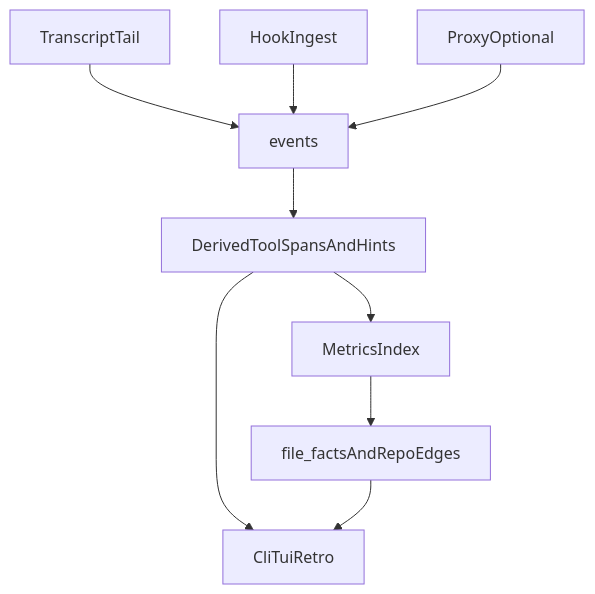
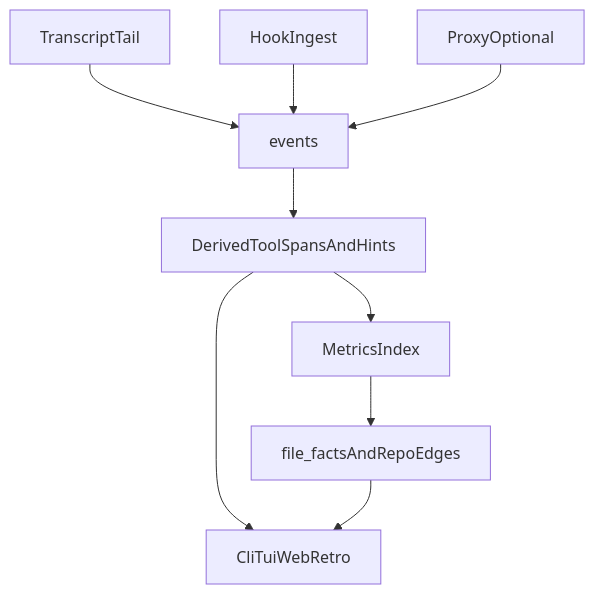
Before and after one commit to marquesds/kaizen: the diagram in docs/telemetry-journey.md, drawn with Mermaid. The commit also changed other lines of this file and 13 other files, not shown here.

First line of the commit message:
docs: refresh Web and TUI guidance

````diff
--- a/docs/telemetry-journey.md
+++ b/docs/telemetry-journey.md
@@ -29,20 +29,20 @@
 ```mermaid
 flowchart TD
   tier1[TranscriptTail]
   tier2[HookIngest]
   optProxy[ProxyOptional]
   eventsTbl[events]
   derived[DerivedToolSpansAndHints]
   metricsPass[MetricsIndex]
   facts[file_factsAndRepoEdges]
-  surfaces[CliTuiRetro]
+  surfaces[CliTuiWebRetro]
 
   tier1 --> eventsTbl
   tier2 --> eventsTbl
   optProxy --> eventsTbl
   eventsTbl --> derived
   derived --> metricsPass
   metricsPass --> facts
   derived --> surfaces
   facts --> surfaces
 ```
````
